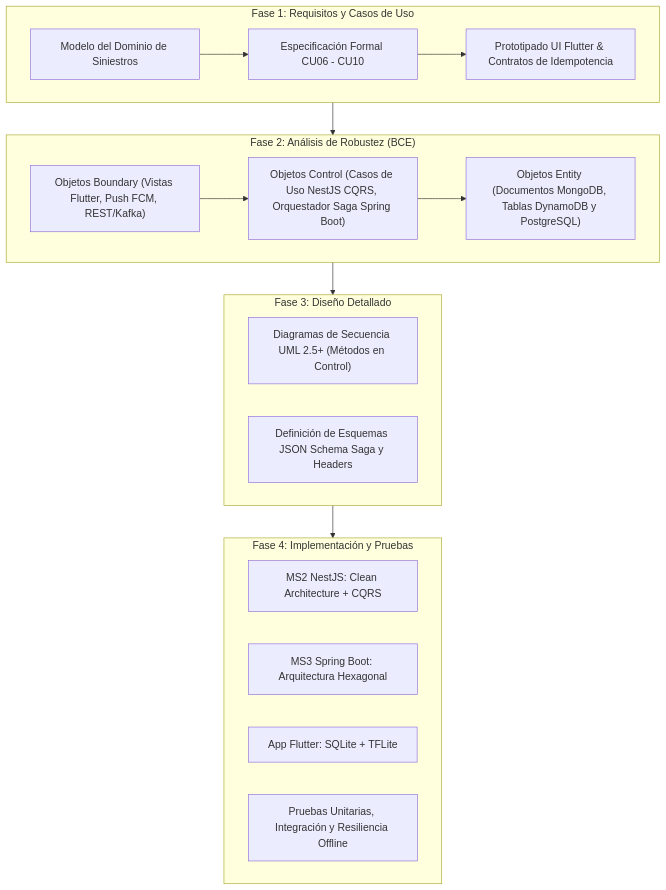
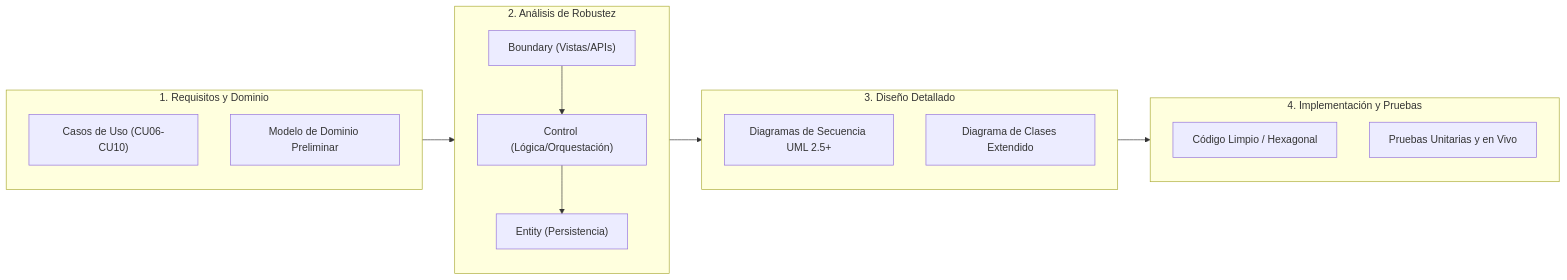
One commit to DiegoxdGarcia2/2doParcialSW2 changed the first of 15 diagrams in docs/FASE_3_DOCUMENTACION_ICONIX_PERFIL_B.md. Above: the diagram before and after it, drawn with Mermaid. The commit also changed other lines of this file and 4 other files, not shown here.

Commit message:
docs: reestructurar documentacion formal segun Indice_ICONIX.pdf y anadir modelos nativos para Enterprise Architect 17.2

````diff
--- a/docs/FASE_3_DOCUMENTACION_ICONIX_PERFIL_B.md
+++ b/docs/FASE_3_DOCUMENTACION_ICONIX_PERFIL_B.md
@@ -63,28 +137,23 @@
 ```mermaid
-flowchart TD
-    subgraph FASE_1["Fase 1: Requisitos y Casos de Uso"]
-        R1["Modelo del Dominio de Siniestros"] --> R2["Especificación Formal CU06 - CU10"]
-        R2 --> R3["Prototipado UI Flutter & Contratos de Idempotencia"]
+flowchart LR
+    subgraph FASE_1["1. Requisitos y Dominio"]
+        CU["Casos de Uso (CU06-CU10)"]
+        MD["Modelo de Dominio Preliminar"]
     end
-
-    subgraph FASE_2["Fase 2: Análisis de Robustez (BCE)"]
-        BCE1["Objetos Boundary (Vistas Flutter, Push FCM, REST/Kafka)"]
-        BCE2["Objetos Control (Casos de Uso NestJS CQRS, Orquestador Saga Spring Boot)"]
-        BCE3["Objetos Entity (Documentos MongoDB, Tablas DynamoDB y PostgreSQL)"]
-        BCE1 --> BCE2 --> BCE3
+    subgraph FASE_2["2. Análisis de Robustez"]
+        B["Boundary (Vistas/APIs)"]
+        C["Control (Lógica/Orquestación)"]
+        E["Entity (Persistencia)"]
+        B --> C --> E
     end
-
-    subgraph FASE_3["Fase 3: Diseño Detallado"]
-        D1["Diagramas de Secuencia UML 2.5+ (Métodos en Control)"]
-        D2["Definición de Esquemas JSON Schema Saga y Headers"]
+    subgraph FASE_3["3. Diseño Detallado"]
+        DS["Diagramas de Secuencia UML 2.5+"]
+        DC["Diagrama de Clases Extendido"]
     end
-
-    subgraph FASE_4["Fase 4: Implementación y Pruebas"]
-        I1["MS2 NestJS: Clean Architecture + CQRS"]
-        I2["MS3 Spring Boot: Arquitectura Hexagonal"]
-        I3["App Flutter: SQLite + TFLite"]
-        I4["Pruebas Unitarias, Integración y Resiliencia Offline"]
+    subgraph FASE_4["4. Implementación y Pruebas"]
+        CODE["Código Limpio / Hexagonal"]
+        TEST["Pruebas Unitarias y en Vivo"]
     end
 
     FASE_1 --> FASE_2 --> FASE_3 --> FASE_4
 ```
````
